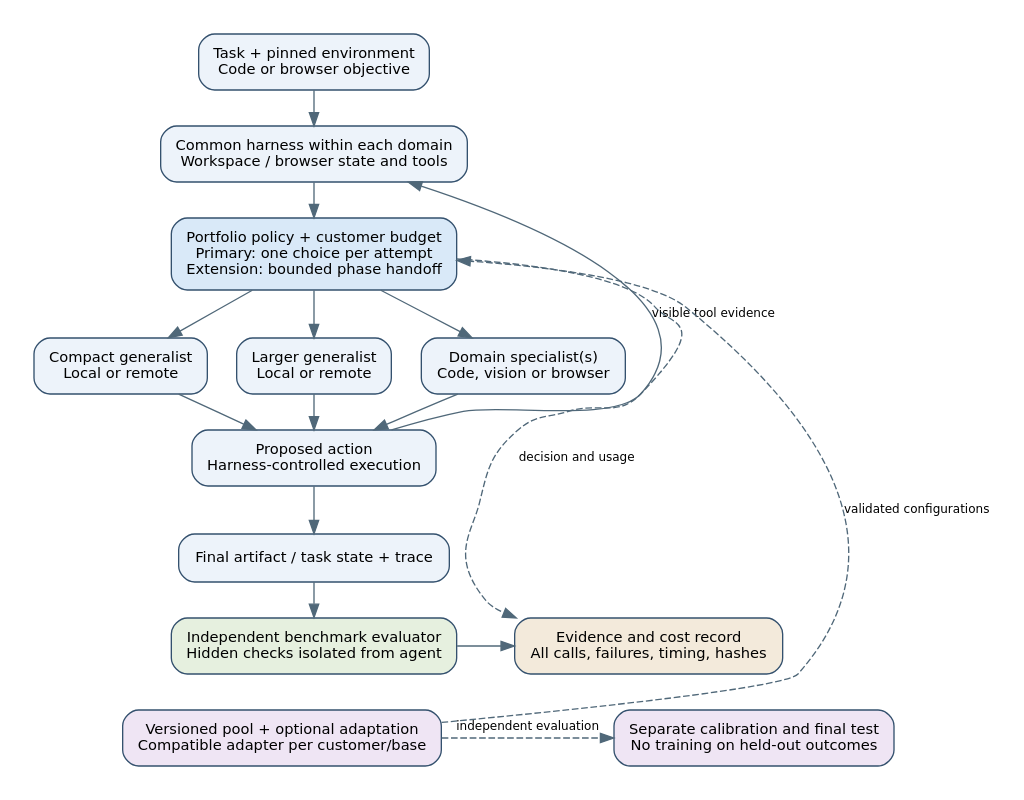
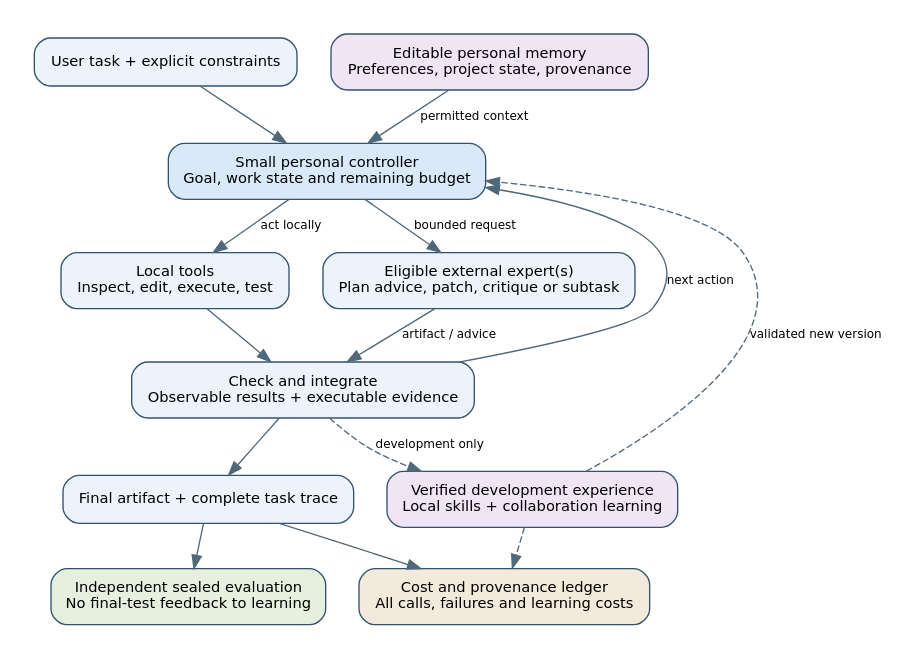
One commit to tenet-diver/TTGL changed the diagram in docs/thesis/figures/architecture.dot. Above: the diagram before and after it, drawn with Graphviz. The commit also changed 32 other files, not shown here.

Commit message:
Center thesis on personal-agent cooperation and longitudinal learning

```diff
--- a/docs/thesis/figures/architecture.dot
+++ b/docs/thesis/figures/architecture.dot
@@ -1,35 +1,32 @@
 digraph TTGL {
-  graph [rankdir=TB, bgcolor="white", pad="0.25", nodesep="0.30", ranksep="0.35", fontname="DejaVu Sans"];
+  graph [rankdir=TB, bgcolor="white", pad="0.25", nodesep="0.35", ranksep="0.40", fontname="DejaVu Sans"];
   node [shape=box, style="rounded,filled", fillcolor="#edf3fa", color="#34516e", fontname="DejaVu Sans", fontsize=11, margin="0.15,0.12"];
   edge [color="#506879", fontname="DejaVu Sans", fontsize=9];
-  issue [label="Task + pinned environment\nCode or browser objective"];
-  harness [label="Common harness within each domain\nWorkspace / browser state and tools"];
-  router [label="Portfolio policy + customer budget\nPrimary: one choice per attempt\nExtension: bounded phase handoff", fillcolor="#d9e9f8"];
-  local [label="Compact generalist\nLocal or remote"];
-  remote [label="Larger generalist\nLocal or remote"];
-  specialist [label="Domain specialist(s)\nCode, vision or browser"];
-  action [label="Proposed action\nHarness-controlled execution"];
-  patch [label="Final artifact / task state + trace"];
-  grader [label="Independent benchmark evaluator\nHidden checks isolated from agent", fillcolor="#e6f0df"];
-  records [label="Evidence and cost record\nAll calls, failures, timing, hashes", fillcolor="#f3eadb"];
-  train [label="Versioned pool + optional adaptation\nCompatible adapter per customer/base", fillcolor="#efe5f4"];
-  holdout [label="Separate calibration and final test\nNo training on held-out outcomes", fillcolor="#efe5f4"];
-  {rank=same; local; remote; specialist;}
-  {rank=same; records; grader;}
-  {rank=same; train; holdout;}
-  issue -> harness -> router;
-  router -> local;
-  router -> remote;
-  router -> specialist;
-  local -> action;
-  remote -> action;
-  specialist -> action;
-  action -> harness [label="visible tool evidence", constraint=false];
-  action -> patch -> grader;
-  grader -> records;
-  router -> records [style=dashed, label="decision and usage", constraint=false];
-  train -> router [style=dashed, label="validated configurations", constraint=false];
-  train -> holdout [style=dashed, label="independent evaluation"];
-  records -> train [style=invis];
-  grader -> holdout [style=invis];
+  task [label="User task + explicit constraints"];
+  memory [label="Editable personal memory\nPreferences, project state, provenance", fillcolor="#efe5f4"];
+  personal [label="Small personal controller\nGoal, work state and remaining budget", fillcolor="#d9e9f8"];
+  tools [label="Local tools\nInspect, edit, execute, test"];
+  experts [label="Eligible external expert(s)\nPlan advice, patch, critique or subtask"];
+  verify [label="Check and integrate\nObservable results + executable evidence"];
+  result [label="Final artifact + complete task trace"];
+  grader [label="Independent sealed evaluation\nNo final-test feedback to learning", fillcolor="#e6f0df"];
+  train [label="Verified development experience\nLocal skills + collaboration learning", fillcolor="#efe5f4"];
+  record [label="Cost and provenance ledger\nAll calls, failures and learning costs", fillcolor="#f3eadb"];
+  {rank=same; task; memory;}
+  {rank=same; tools; experts;}
+  {rank=same; train; result;}
+  {rank=same; grader; record;}
+  task -> personal;
+  memory -> personal [label="permitted context"];
+  personal -> tools [label="act locally"];
+  personal -> experts [label="bounded request"];
+  tools -> verify;
+  experts -> verify [label="artifact / advice"];
+  verify -> personal [label="next action", constraint=false];
+  verify -> result;
+  verify -> train [style=dashed, label="development only"];
+  train -> personal [style=dashed, label="validated new version", constraint=false];
+  result -> grader;
+  result -> record;
+  train -> record [style=dashed, constraint=false];
 }
```
